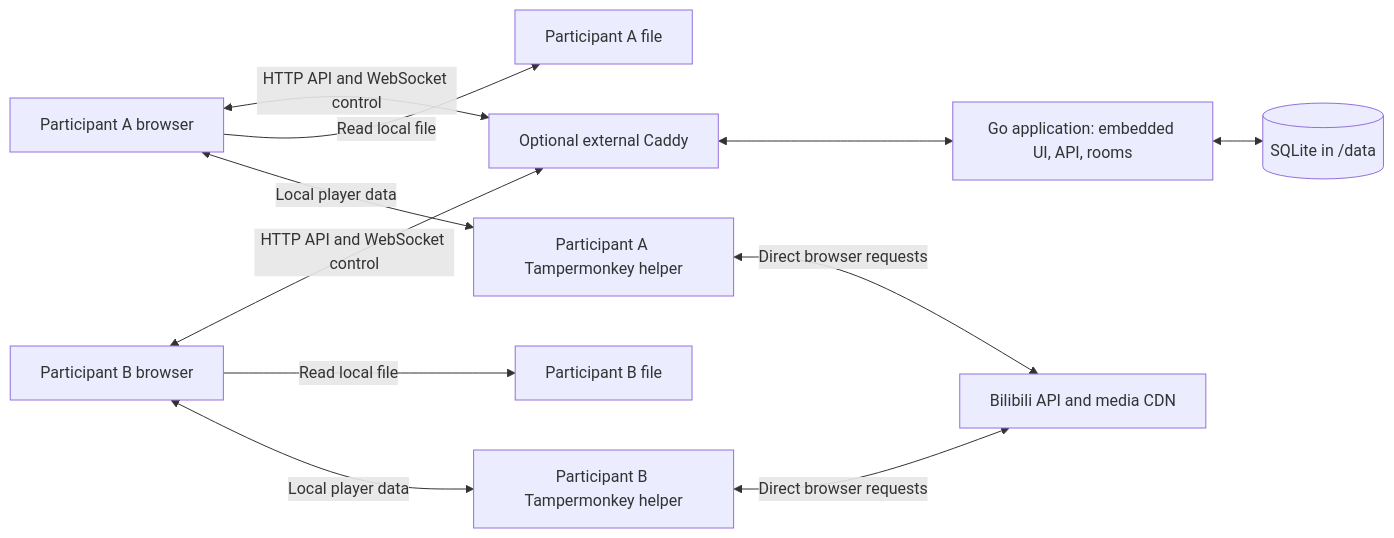
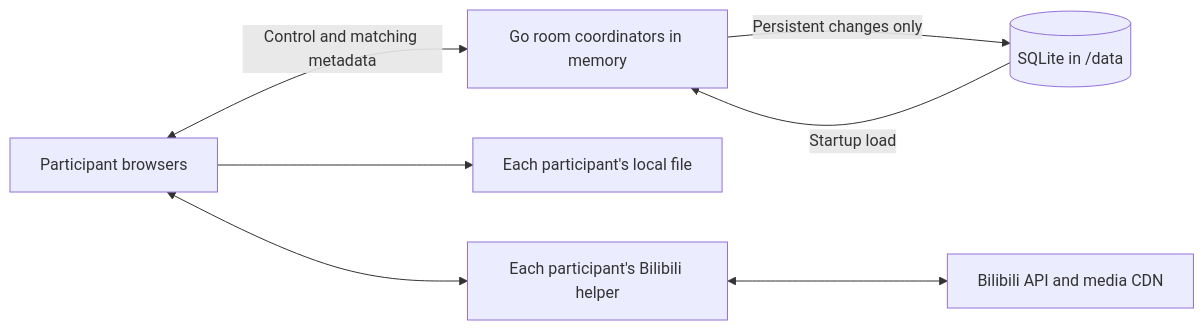
The diagram in specs/DESIGN.md (swqa7697/open-video-sync), drawn with Mermaid before and after one commit. The commit also changed other lines of this file and 8 other files, not shown here.

````diff
--- a/specs/DESIGN.md
+++ b/specs/DESIGN.md
@@ -47,13 +33,9 @@
 ```mermaid
 flowchart LR
-    A[Participant A browser] <-->|HTTP API and WebSocket control| P[Optional external Caddy]
-    B[Participant B browser] <-->|HTTP API and WebSocket control| P
-    P <--> S[Go application: embedded UI, API, rooms]
-    S <--> D[(SQLite in /data)]
-    A -->|Read local file| LA[Participant A file]
-    B -->|Read local file| LB[Participant B file]
-    A <-->|Local player data| TA[Participant A Tampermonkey helper]
-    B <-->|Local player data| TB[Participant B Tampermonkey helper]
-    TA <-->|Direct browser requests| V[Bilibili API and media CDN]
-    TB <-->|Direct browser requests| V
+    A[Participant browsers] <-->|Control and matching metadata| R[Go room coordinators in memory]
+    R -->|Persistent changes only| D[(SQLite in /data)]
+    D -->|Startup load| R
+    A --> L[Each participant's local file]
+    A <--> H[Each participant's Bilibili helper]
+    H <--> B[Bilibili API and media CDN]
 ```
````
